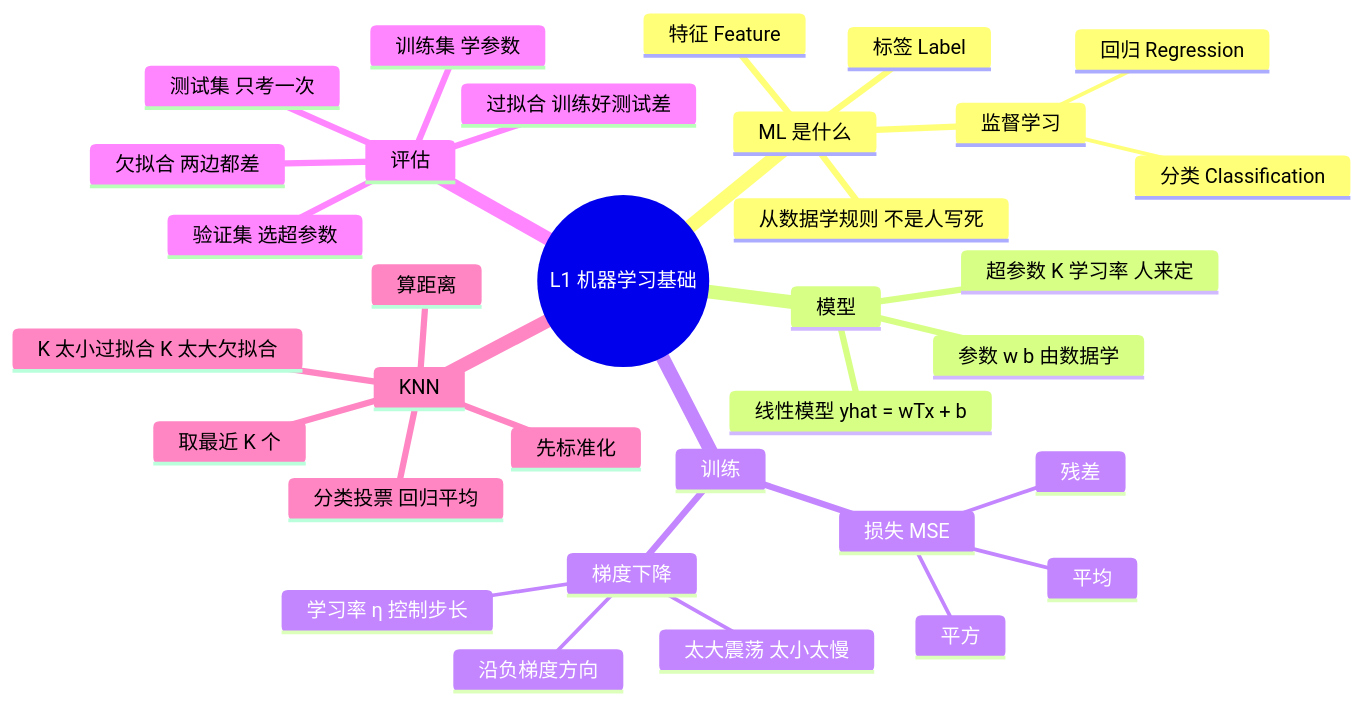
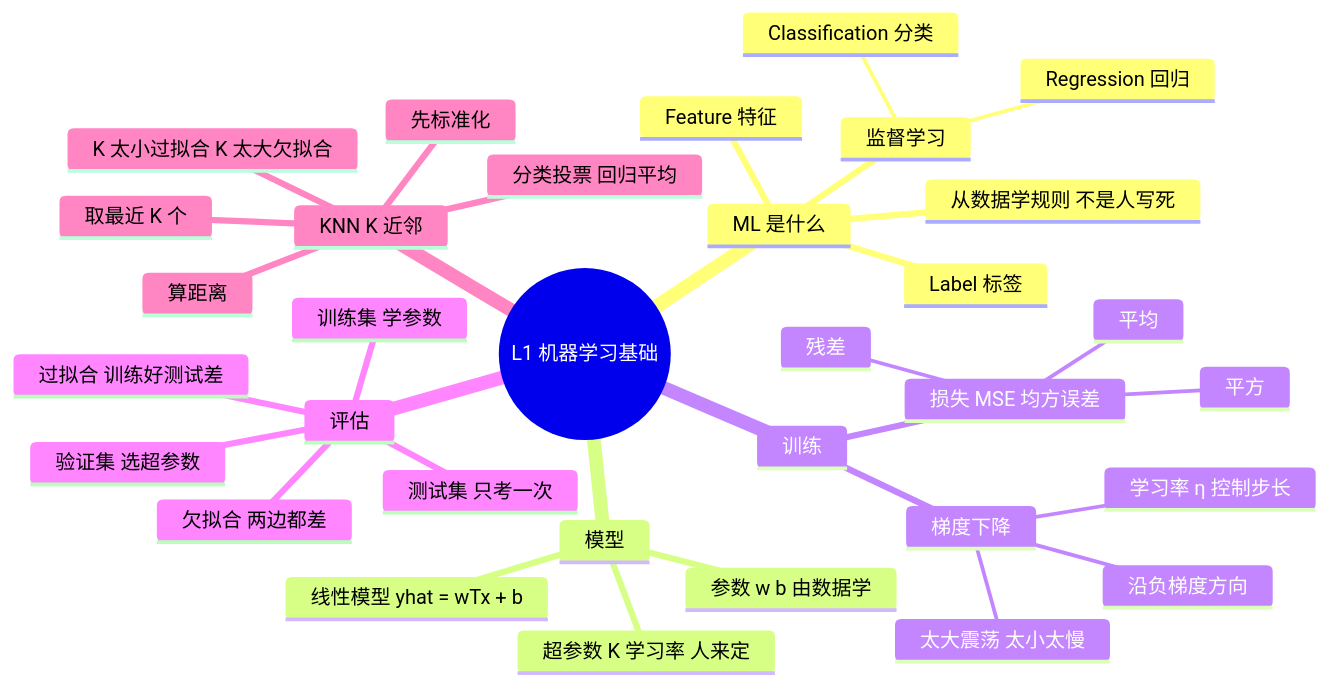
One commit to gujunyang/STAT6207 changed the first of 2 diagrams in stat6207-learning/lectures/L1/L1_outline.md. Above: the diagram before and after it, drawn with Mermaid. The commit also changed other lines of this file and 19 other files, not shown here.

````diff
--- a/stat6207-learning/lectures/L1/L1_outline.md
+++ b/stat6207-learning/lectures/L1/L1_outline.md
@@ -23,36 +24,36 @@
 ```mermaid
 mindmap
   root((L1 机器学习基础))
     ML 是什么
       从数据学规则 不是人写死
       监督学习
-        分类 Classification
-        回归 Regression
-      特征 Feature
-      标签 Label
+        Classification 分类
+        Regression 回归
+      Feature 特征
+      Label 标签
     模型
       线性模型 yhat = wTx + b
       参数 w b 由数据学
       超参数 K 学习率 人来定
     训练
-      损失 MSE
+      损失 MSE 均方误差
         残差
         平方
         平均
       梯度下降
         沿负梯度方向
         学习率 η 控制步长
         太大震荡 太小太慢
     评估
       训练集 学参数
       验证集 选超参数
       测试集 只考一次
       过拟合 训练好测试差
       欠拟合 两边都差
-    KNN
+    KNN K 近邻
       算距离
       取最近 K 个
       分类投票 回归平均
       先标准化
       K 太小过拟合 K 太大欠拟合
 ```
````
